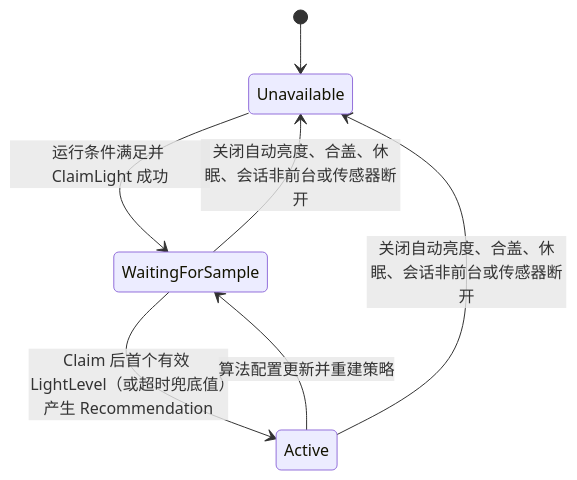
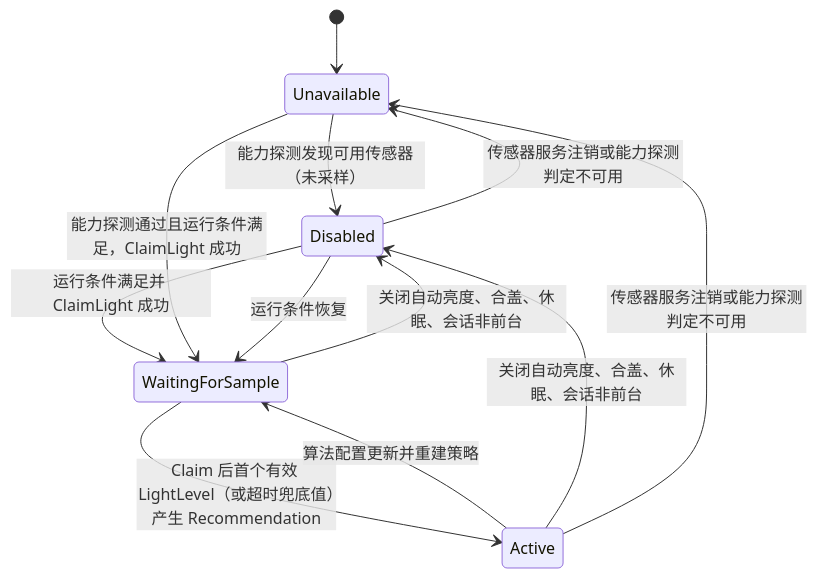
The second of 2 diagrams in src/plugin-qt/ambient-brightness/README.md (linuxdeepin/dde-services), drawn with Mermaid before and after one commit. The commit also changed other lines of this file and 6 other files, not shown here.

````diff
--- a/src/plugin-qt/ambient-brightness/README.md
+++ b/src/plugin-qt/ambient-brightness/README.md
@@ -157,9 +173,14 @@
 ```mermaid
 stateDiagram-v2
     [*] --> Unavailable
-    Unavailable --> WaitingForSample: 运行条件满足并 ClaimLight 成功
+    Unavailable --> Disabled: 能力探测发现可用传感器（未采样）
+    Disabled --> WaitingForSample: 运行条件满足并 ClaimLight 成功
+    Unavailable --> WaitingForSample: 能力探测通过且运行条件满足，ClaimLight 成功
     WaitingForSample --> Active: Claim 后首个有效 LightLevel（或超时兜底值）产生 Recommendation
     Active --> WaitingForSample: 算法配置更新并重建策略
-    WaitingForSample --> Unavailable: 关闭自动亮度、合盖、休眠、会话非前台或传感器断开
-    Active --> Unavailable: 关闭自动亮度、合盖、休眠、会话非前台或传感器断开
+    WaitingForSample --> Disabled: 关闭自动亮度、合盖、休眠、会话非前台
+    Active --> Disabled: 关闭自动亮度、合盖、休眠、会话非前台
+    Disabled --> WaitingForSample: 运行条件恢复
+    Disabled --> Unavailable: 传感器服务注销或能力探测判定不可用
+    Active --> Unavailable: 传感器服务注销或能力探测判定不可用
 ```
````
